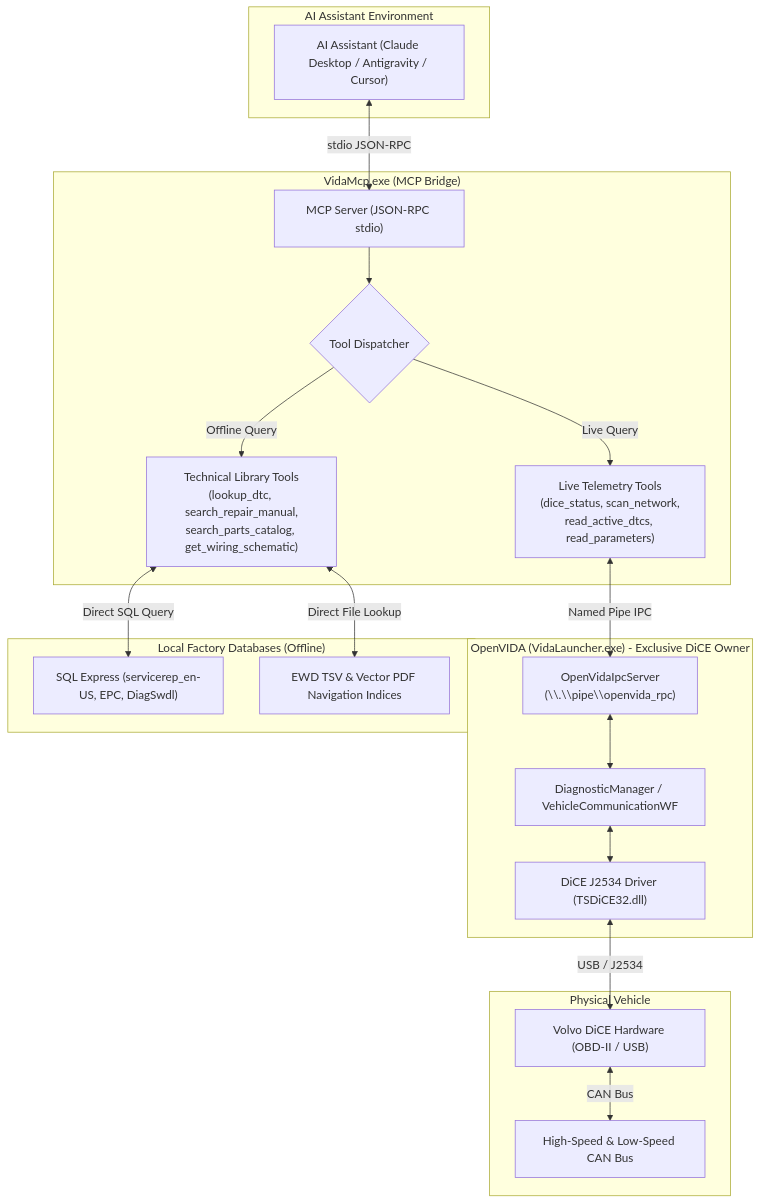
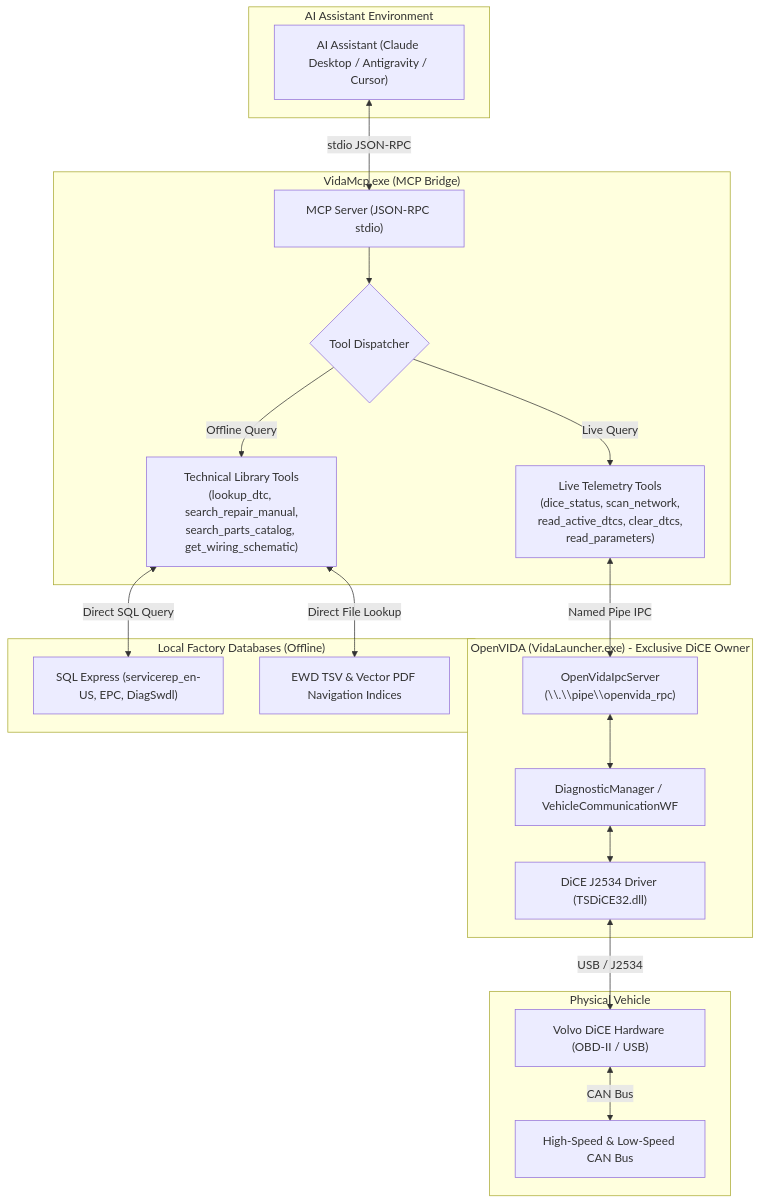
The second of 2 diagrams in README.md (davidsandberg/openvida), drawn with Mermaid before and after one commit. The commit also changed other lines of this file and 7 other files, not shown here.

````diff
--- a/README.md
+++ b/README.md
@@ -378,43 +379,43 @@
 ```mermaid
 flowchart TD
     subgraph AI["AI Assistant Environment"]
         Agent["AI Assistant (Claude Desktop / Antigravity / Cursor)"]
     end
 
     subgraph MCPBridge["VidaMcp.exe (MCP Bridge)"]
         Server["MCP Server (JSON-RPC stdio)"]
         Router{"Tool Dispatcher"}
-        LiveTools["Live Telemetry Tools\n(dice_status, scan_network,\nread_active_dtcs, read_parameters)"]
+        LiveTools["Live Telemetry Tools\n(dice_status, scan_network,\nread_active_dtcs, clear_dtcs,\nread_parameters)"]
         OfflineTools["Technical Library Tools\n(lookup_dtc, search_repair_manual,\nsearch_parts_catalog, get_wiring_schematic)"]
     end
 
     subgraph OpenVIDAApp["OpenVIDA (VidaLauncher.exe) - Exclusive DiCE Owner"]
         IPCServer["OpenVidaIpcServer\n(\\.\\pipe\\openvida_rpc)"]
         DiagMgr["DiagnosticManager / VehicleCommunicationWF"]
         HardwareLock["DiCE J2534 Driver (TSDiCE32.dll)"]
     end
 
     subgraph LocalDB["Local Factory Databases (Offline)"]
         SQL["SQL Express (servicerep_en-US, EPC, DiagSwdl)"]
         EWD["EWD TSV & Vector PDF Navigation Indices"]
     end
 
     subgraph Vehicle["Physical Vehicle"]
         DiCE["Volvo DiCE Hardware (OBD-II / USB)"]
         CAN["High-Speed & Low-Speed CAN Bus"]
     end
 
     Agent <-->|stdio JSON-RPC| Server
     Server --> Router
     Router -->|Live Query| LiveTools
     Router -->|Offline Query| OfflineTools
 
     LiveTools <-->|Named Pipe IPC| IPCServer
     IPCServer <--> DiagMgr
     DiagMgr <--> HardwareLock
     HardwareLock <-->|USB / J2534| DiCE
     DiCE <-->|CAN Bus| CAN
 
     OfflineTools <-->|Direct SQL Query| SQL
     OfflineTools <-->|Direct File Lookup| EWD
 ```
````
